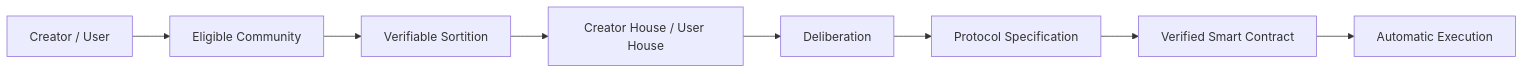
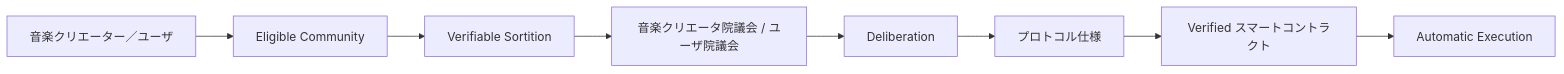
The second of 47 diagrams in docs/whitepaper/13-roadmap.md (ShigeichiroYamasaki/creator-first-platform), drawn with Mermaid before and after one commit. The commit also changed other lines of this file and 67 other files, not shown here.

````diff
--- a/docs/whitepaper/13-roadmap.md
+++ b/docs/whitepaper/13-roadmap.md
@@ -46,13 +46,13 @@
 ```mermaid
 flowchart LR
-    COMMUNITY[Creator / User]
+    COMMUNITY[音楽クリエーター／ユーザ]
     ELIGIBLE[Eligible Community]
     SORT[Verifiable Sortition]
-    HOUSES[Creator House / User House]
+    HOUSES[音楽クリエータ院議会 / ユーザ院議会]
     DELIB[Deliberation]
-    SPEC[Protocol Specification]
-    CODE[Verified Smart Contract]
+    SPEC[プロトコル仕様]
+    CODE[Verified スマートコントラクト]
     EXEC[Automatic Execution]
 
     COMMUNITY --> ELIGIBLE --> SORT --> HOUSES --> DELIB --> SPEC --> CODE --> EXEC
 ```
````
